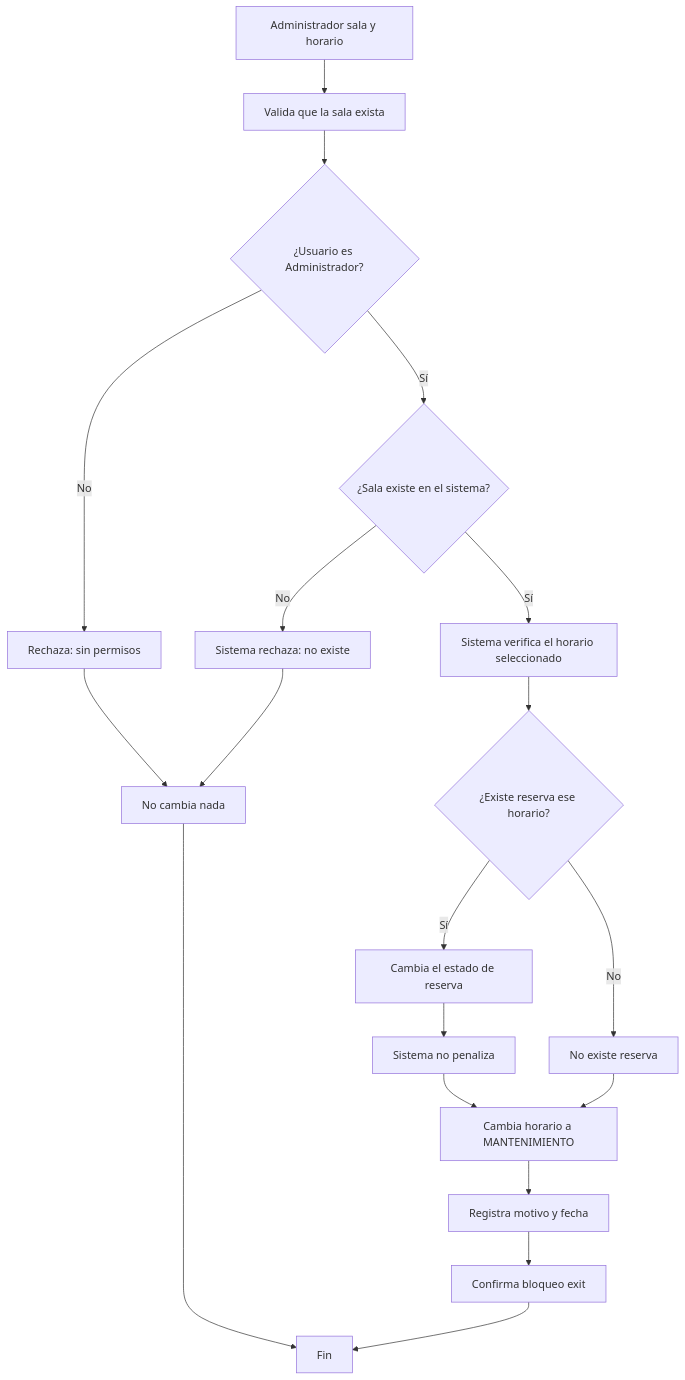
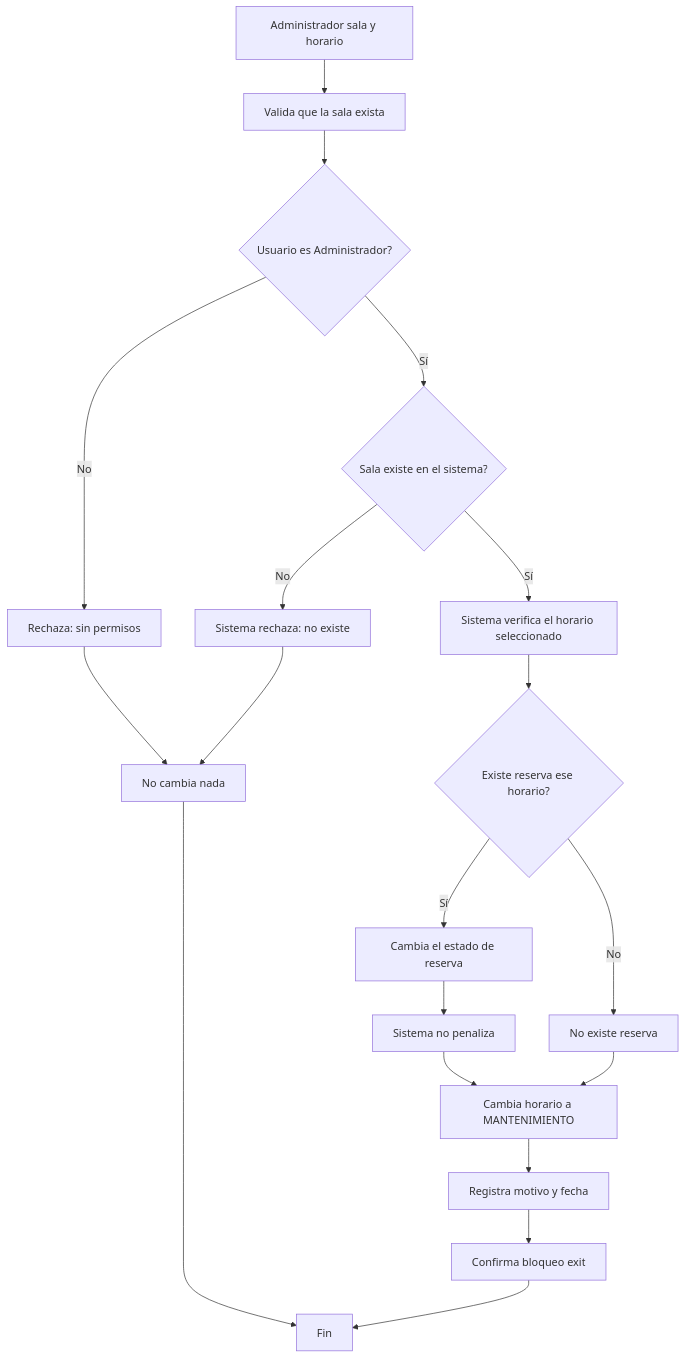
The diagram in docs/sesion-07-modelos.md (Sebas0032/SalaMandra), drawn with Mermaid before and after one commit. The commit also changed other lines of this file and 7 other files, not shown here.

````diff
--- a/docs/sesion-07-modelos.md
+++ b/docs/sesion-07-modelos.md
@@ -79,21 +79,21 @@
 ```mermaid
 flowchart TD
 A[Administrador sala y horario] --> B[Valida que la sala exista]
-B --> C{¿Usuario es Administrador?}
+B --> C{Usuario es Administrador?}
 C -->|No| D[Rechaza: sin permisos]
 D --> E[No cambia nada]
-C -->|Sí| F{¿Sala existe en el sistema?}
+C -->|Sí| F{Sala existe en el sistema?}
 F -->|No| G[Sistema rechaza: no existe]
 G --> E
 F -->|Sí| H[Sistema verifica el horario seleccionado]
-H --> I{¿Existe reserva ese horario?}
+H --> I{Existe reserva ese horario?}
 I -->|Sí| J[Cambia el estado de reserva]
 J --> K[Sistema no penaliza]
 I -->|No| L[No existe reserva]
 K --> M[Cambia horario a MANTENIMIENTO]
 L --> M
 M --> N[Registra motivo y fecha]
 N --> O[Confirma bloqueo exit]
 O --> P[Fin]
 E --> P
 ```
````
